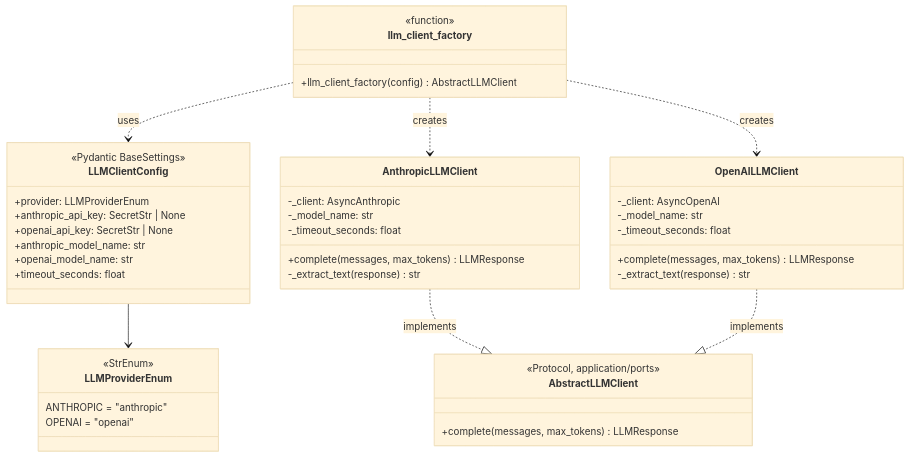
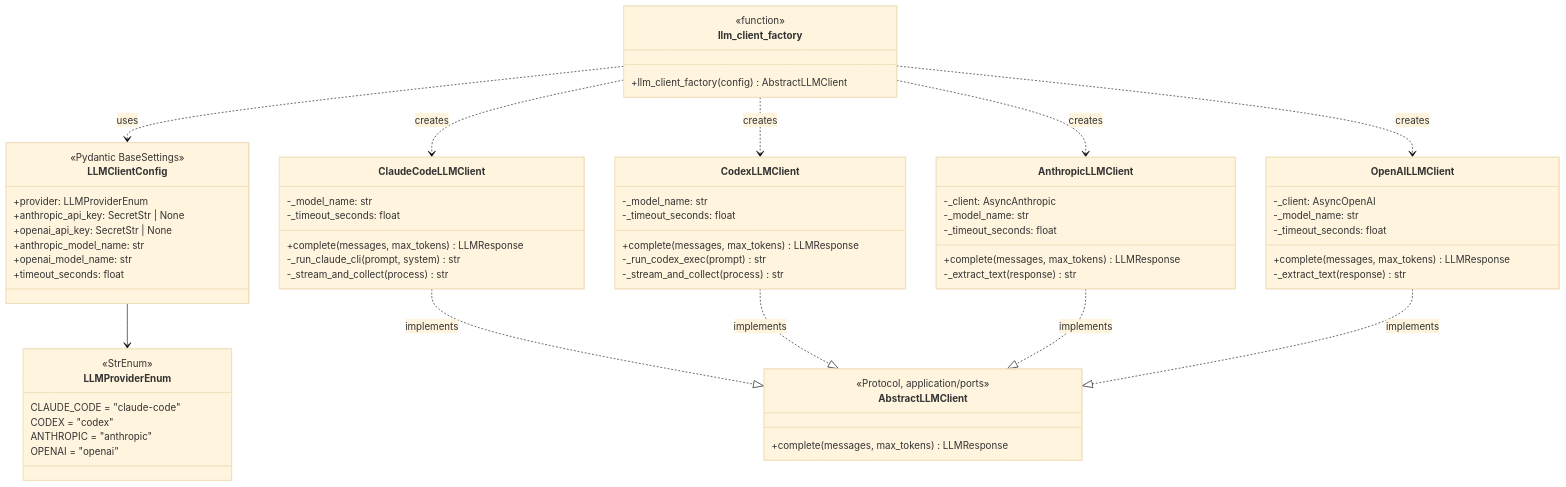
Before and after one commit to bakufu-dev/bakufu: the first of 2 diagrams in docs/features/llm-client/infrastructure/basic-design.md, drawn with Mermaid (base theme). The commit also changed other lines of this file and 5 other files, not shown here.

````diff
--- a/docs/features/llm-client/infrastructure/basic-design.md
+++ b/docs/features/llm-client/infrastructure/basic-design.md
@@ -108,51 +132,73 @@
 ```mermaid
 classDiagram
     class AbstractLLMClient {
         <<Protocol, application/ports>>
         +complete(messages, max_tokens) LLMResponse
     }
 
     class AnthropicLLMClient {
         -_client: AsyncAnthropic
         -_model_name: str
         -_timeout_seconds: float
         +complete(messages, max_tokens) LLMResponse
         -_extract_text(response) str
     }
 
     class OpenAILLMClient {
         -_client: AsyncOpenAI
         -_model_name: str
         -_timeout_seconds: float
         +complete(messages, max_tokens) LLMResponse
         -_extract_text(response) str
     }
 
     class LLMClientConfig {
         <<Pydantic BaseSettings>>
         +provider: LLMProviderEnum
         +anthropic_api_key: SecretStr | None
         +openai_api_key: SecretStr | None
         +anthropic_model_name: str
         +openai_model_name: str
         +timeout_seconds: float
     }
 
+    class ClaudeCodeLLMClient {
+        -_model_name: str
+        -_timeout_seconds: float
+        +complete(messages, max_tokens) LLMResponse
+        -_run_claude_cli(prompt, system) str
+        -_stream_and_collect(process) str
+    }
+
+    class CodexLLMClient {
+        -_model_name: str
+        -_timeout_seconds: float
+        +complete(messages, max_tokens) LLMResponse
+        -_run_codex_exec(prompt) str
+        -_stream_and_collect(process) str
+    }
+
     class LLMProviderEnum {
         <<StrEnum>>
+        CLAUDE_CODE = "claude-code"
+        CODEX = "codex"
         ANTHROPIC = "anthropic"
         OPENAI = "openai"
     }
 
     class llm_client_factory {
         <<function>>
         +llm_client_factory(config) AbstractLLMClient
     }
 
+    ClaudeCodeLLMClient ..|> AbstractLLMClient : implements
+    CodexLLMClient ..|> AbstractLLMClient : implements
     AnthropicLLMClient ..|> AbstractLLMClient : implements
     OpenAILLMClient ..|> AbstractLLMClient : implements
     LLMClientConfig --> LLMProviderEnum
     llm_client_factory ..> LLMClientConfig : uses
+    llm_client_factory ..> ClaudeCodeLLMClient : creates
+    llm_client_factory ..> CodexLLMClient : creates
     llm_client_factory ..> AnthropicLLMClient : creates
     llm_client_factory ..> OpenAILLMClient : creates
 ```
````
